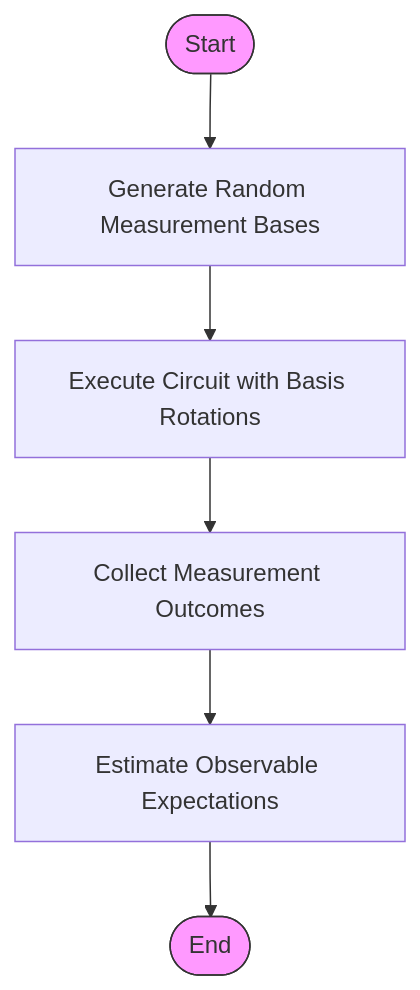
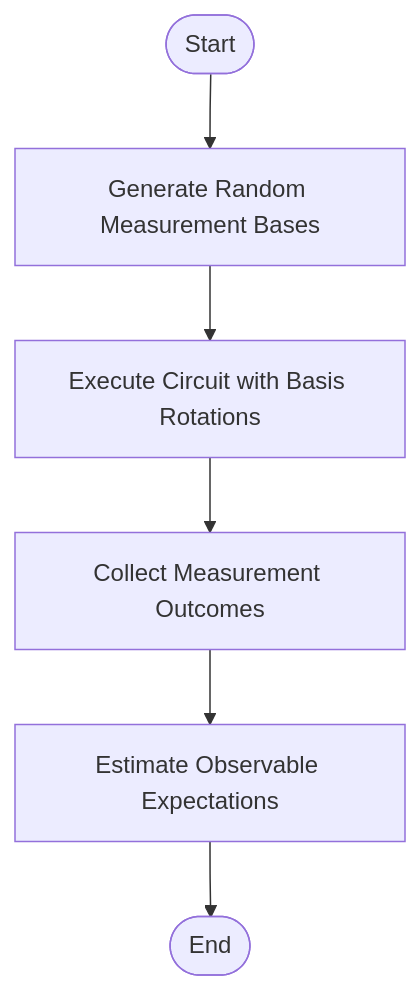
The second of 2 diagrams in .qoder/repowiki/en/content/Core Framework Architecture/Postprocessing Layer.md (QureGenAI-Biotech/TyxonQ), drawn with Mermaid before and after one commit. The commit also changed other lines of this file and 516 other files, not shown here.

````diff
--- a/.qoder/repowiki/en/content/Core Framework Architecture/Postprocessing Layer.md
+++ b/.qoder/repowiki/en/content/Core Framework Architecture/Postprocessing Layer.md
@@ -163,10 +174,8 @@
 ```mermaid
 flowchart TD
 Start([Start]) --> GenerateBases["Generate Random Measurement Bases"]
 GenerateBases --> ExecuteCircuit["Execute Circuit with Basis Rotations"]
 ExecuteCircuit --> CollectOutcomes["Collect Measurement Outcomes"]
 CollectOutcomes --> Estimate["Estimate Observable Expectations"]
 Estimate --> End([End])
-style Start fill:#f9f,stroke:#333
-style End fill:#f9f,stroke:#333
 ```
````
